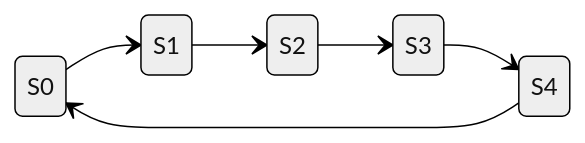
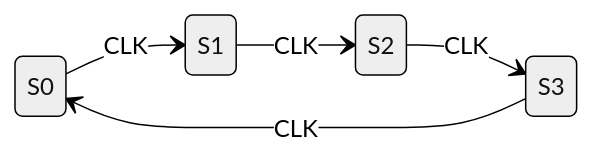
Before and after one commit to Treasoni/kaoyan: the diagram in .claude/skills/kaoyan-electronics-sop/SKILL.md, drawn with Mermaid (neutral theme). The commit also changed other lines of this file and 5 other files, not shown here.

````diff
--- a/.claude/skills/kaoyan-electronics-sop/SKILL.md
+++ b/.claude/skills/kaoyan-electronics-sop/SKILL.md
@@ -297,9 +166,8 @@
 ```mermaid
 stateDiagram-v2
     direction LR
-    S0 --> S1
-    S1 --> S2
-    S2 --> S3
-    S3 --> S4
-    S4 --> S0
+    S0 --> S1: CLK
+    S1 --> S2: CLK
+    S2 --> S3: CLK
+    S3 --> S0: CLK
 ```
````
